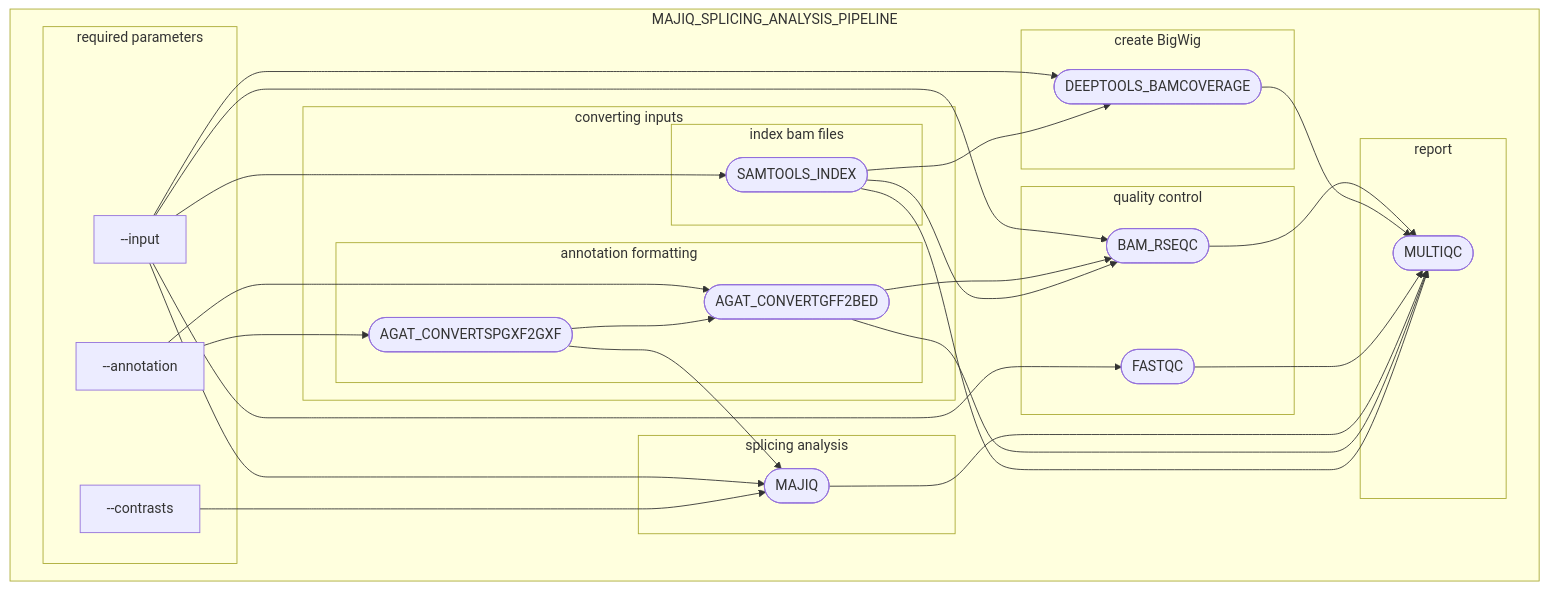
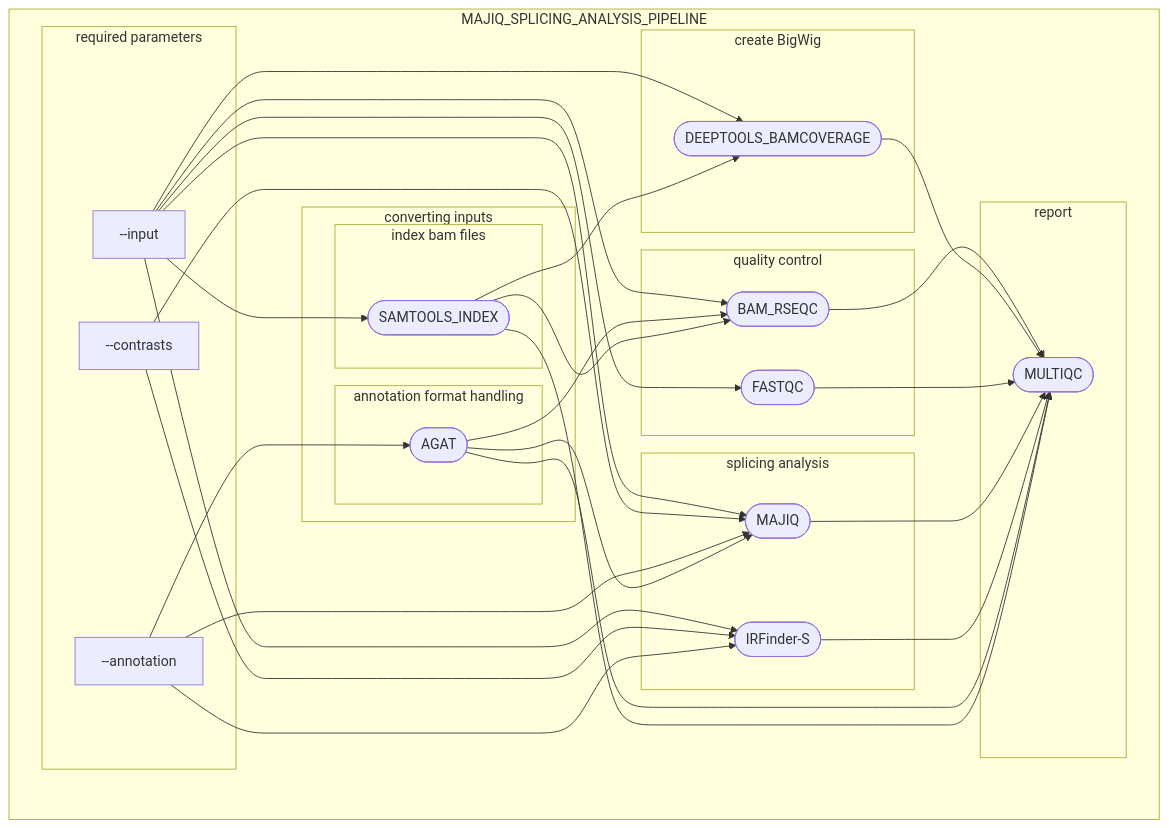
The diagram in README.md (ZarnackGroup/majiq_splicing_analysis_pipeline), drawn with Mermaid before and after one commit. The commit also changed other lines of this file and 1 other file, not shown here.

Commit message:
added IFinder to citations and readme

````diff
--- a/README.md
+++ b/README.md
@@ -17,53 +17,56 @@
 ```mermaid
 flowchart TB
   subgraph MAJIQ_SPLICING_ANALYSIS_PIPELINE
     subgraph required parameters
       v0["--input"]
       v2["--annotation"]
       v1["--contrasts"]
     end
 
     subgraph s20["converting inputs"]
           subgraph s100["index bam files"]
                v15([SAMTOOLS_INDEX])
           end
-          subgraph s2["annotation formatting"]
-               v9([AGAT_CONVERTSPGXF2GXF])
-               v12([AGAT_CONVERTGFF2BED])
+          subgraph s2["annotation format handling"]
+               v9([AGAT])
           end
      end
     subgraph s3["splicing analysis"]
       v25([MAJIQ])
+      v26([IRFinder-S])
     end
     subgraph s4["create BigWig"]
       v19([DEEPTOOLS_BAMCOVERAGE])
     end
     subgraph s7["quality control"]
       v32([BAM_RSEQC])
       v22([FASTQC])
     end
     subgraph report
       v63([MULTIQC])
     end
     v0 --> v15
     v0 --> v19
     v15 --> v19
     v0 --> v22
     v0 --> v25
     v1 --> v25
+    v2 --> v25
+    v0 --> v26
+    v1 --> v26
+    v2 --> v26
     v0 --> v32
     v2 --> v9
-    v2 --> v12
-    v9 --> v12
     v9 --> v25
-    v12 --> v32
+    v9 --> v32
     v15 --> v32
     v32 --> v63
     v19 --> v63
     v22 --> v63
     v25 --> v63
-    v12 --> v63
+    v26 --> v63
+    v9 --> v63
     v15 --> v63
   end
 
 ```
````
